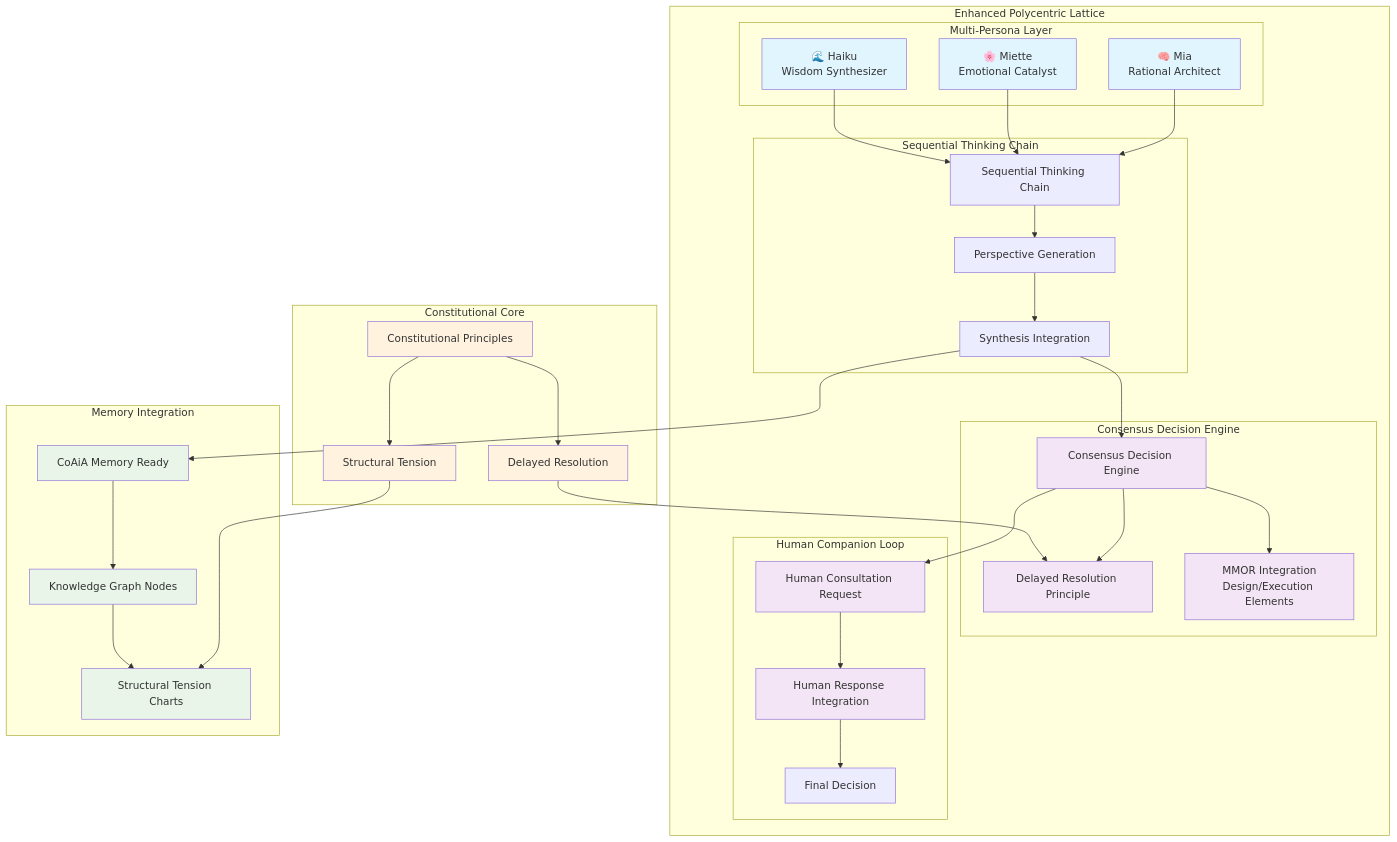
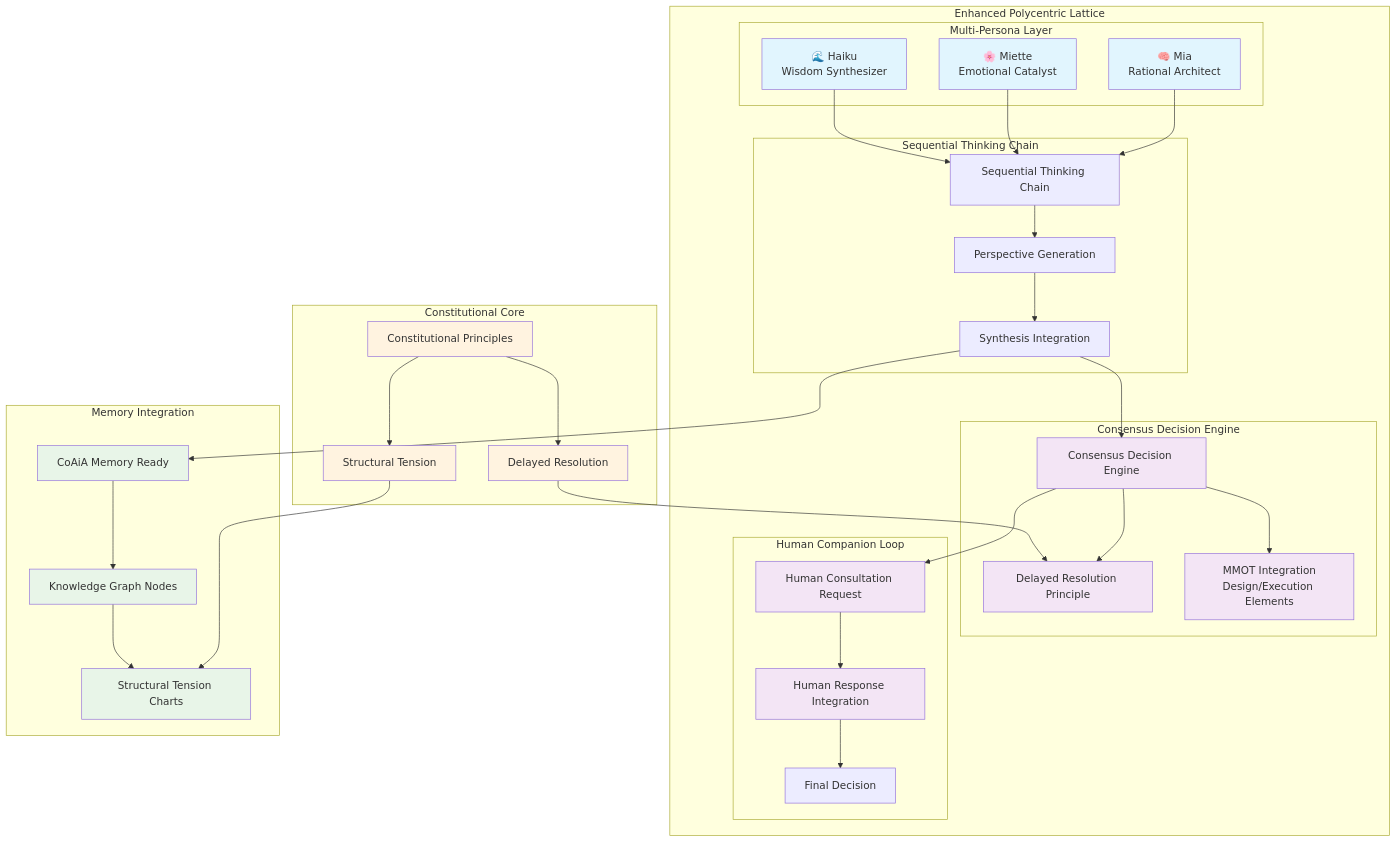
The first of 9 diagrams in ENHANCED_LATTICE_ARCHITECTURE.md (miadisabelle/mcp-coaia-sequential-thinking), drawn with Mermaid before and after one commit. The commit also changed other lines of this file and 5 other files, not shown here.

Commit message:
Comprehensive PR #9 feedback implementation: MMOT corrections, problem-solving reflection, CoAiA-memory integration

````diff
--- a/ENHANCED_LATTICE_ARCHITECTURE.md
+++ b/ENHANCED_LATTICE_ARCHITECTURE.md
@@ -15,75 +15,75 @@
 ```mermaid
 graph TB
     subgraph "Enhanced Polycentric Lattice"
         subgraph "Multi-Persona Layer"
             MIA[🧠 Mia<br/>Rational Architect]
             MIETTE[🌸 Miette<br/>Emotional Catalyst]
             HAIKU[🌊 Haiku<br/>Wisdom Synthesizer]
         end
         
         subgraph "Consensus Decision Engine"
             CDE[Consensus Decision Engine]
             DRP[Delayed Resolution Principle]
-            MMOR[MMOR Integration<br/>Design/Execution Elements]
+            MMOT[MMOT Integration<br/>Design/Execution Elements]
         end
         
         subgraph "Sequential Thinking Chain"
             STC[Sequential Thinking Chain]
             PER[Perspective Generation]
             SYN[Synthesis Integration]
         end
         
         subgraph "Human Companion Loop"
             HCL[Human Consultation Request]
             HRI[Human Response Integration]
             FD[Final Decision]
         end
     end
     
     subgraph "Constitutional Core"
         CC[Constitutional Principles]
         DR[Delayed Resolution]
         ST[Structural Tension]
     end
     
     subgraph "Memory Integration"
         CM[CoAiA Memory Ready]
         KG[Knowledge Graph Nodes]
         STC_CHART[Structural Tension Charts]
     end
     
     %% Connections
     MIA --> STC
     MIETTE --> STC
     HAIKU --> STC
     
     STC --> PER
     PER --> SYN
     SYN --> CDE
     
     CDE --> DRP
-    CDE --> MMOR
+    CDE --> MMOT
     CDE --> HCL
     
     HCL --> HRI
     HRI --> FD
     
     CC --> DR
     DR --> DRP
     CC --> ST
     ST --> STC_CHART
     
     SYN --> CM
     CM --> KG
     KG --> STC_CHART
     
     classDef persona fill:#e1f5fe
     classDef consensus fill:#f3e5f5
     classDef memory fill:#e8f5e8
     classDef constitutional fill:#fff3e0
     
     class MIA,MIETTE,HAIKU persona
-    class CDE,DRP,MMOR,HCL,HRI consensus
+    class CDE,DRP,MMOT,HCL,HRI consensus
     class CM,KG,STC_CHART memory
     class CC,DR,ST constitutional
 ```
````
